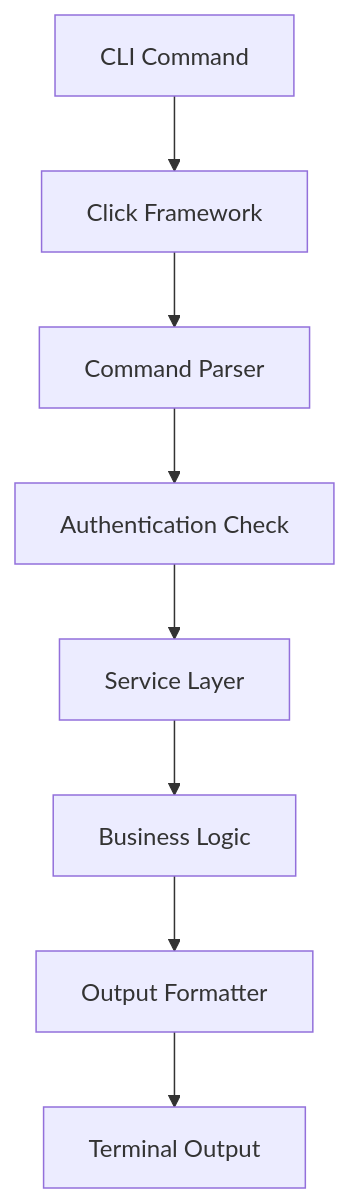
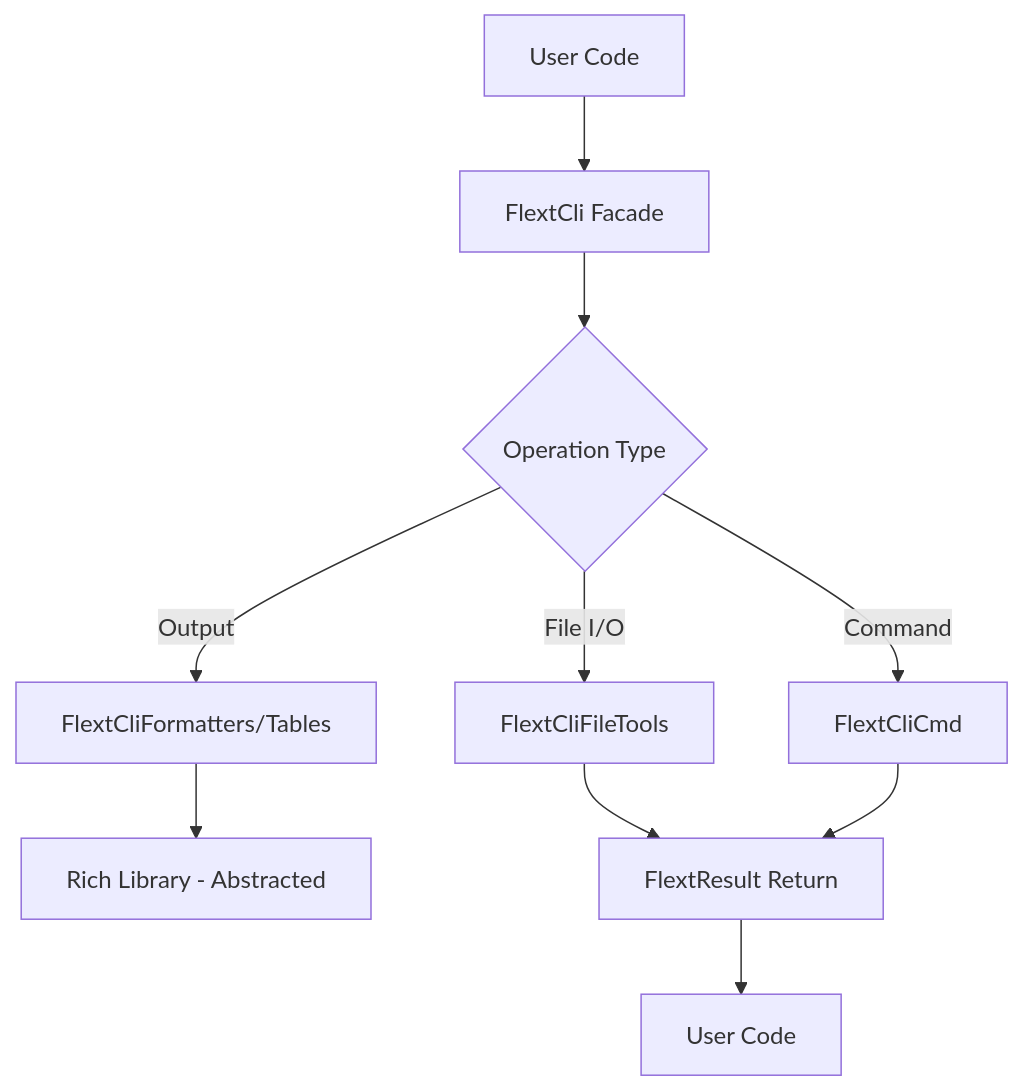
One commit to flext-sh/flext-cli changed the diagram in docs/architecture.md. Above: the diagram before and after it, drawn with Mermaid. The commit also changed other lines of this file and 21 other files, not shown here.

````diff
--- a/docs/architecture.md
+++ b/docs/architecture.md
@@ -90,10 +130,12 @@
 ```mermaid
 graph TD
-    A[CLI Command] --> B[Click Framework]
-    B --> C[Command Parser]
-    C --> D[Authentication Check]
-    D --> E[Service Layer]
-    E --> F[Business Logic]
-    F --> G[Output Formatter]
-    G --> H[Terminal Output]
+    A[User Code] --> B[FlextCli Facade]
+    B --> C{Operation Type}
+    C -->|Output| D[FlextCliFormatters/Tables]
+    C -->|File I/O| E[FlextCliFileTools]
+    C -->|Command| F[FlextCliCmd]
+    D --> G[Rich Library - Abstracted]
+    E --> H[FlextResult Return]
+    F --> H
+    H --> I[User Code]
 ```
````
